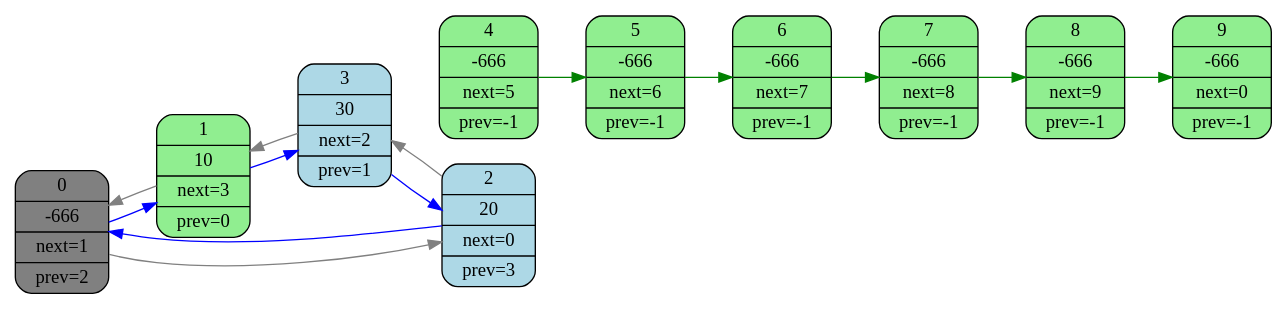
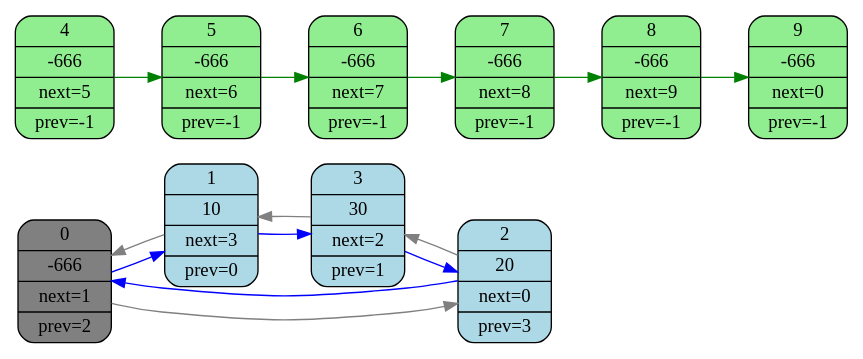
The diagram in graf.dot (katefaiz/list_task), drawn with Graphviz before and after one commit. The commit also changed 1 other file, not shown here.

```diff
--- a/graf.dot
+++ b/graf.dot
@@ -1,44 +1,40 @@
 digraph List {
 	rankdir=LR
 
 	node0 [shape=Mrecord, style="rounded, filled", label="0 | -666 | next=1 | prev=2", fillcolor="grey"];
 	node1 [shape=Mrecord, style="rounded, filled", label="1 | 10 | next=3 | prev=0", fillcolor="lightblue"];
 	node2 [shape=Mrecord, style="rounded, filled", label="2 | 20 | next=0 | prev=3", fillcolor="lightblue"];
 	node3 [shape=Mrecord, style="rounded, filled", label="3 | 30 | next=2 | prev=1", fillcolor="lightblue"];
 	node4 [shape=Mrecord, style="rounded, filled", label="4 | -666 | next=5 | prev=-1", fillcolor="lightgreen"];
 	node5 [shape=Mrecord, style="rounded, filled", label="5 | -666 | next=6 | prev=-1", fillcolor="lightgreen"];
 	node6 [shape=Mrecord, style="rounded, filled", label="6 | -666 | next=7 | prev=-1", fillcolor="lightgreen"];
 	node7 [shape=Mrecord, style="rounded, filled", label="7 | -666 | next=8 | prev=-1", fillcolor="lightgreen"];
 	node8 [shape=Mrecord, style="rounded, filled", label="8 | -666 | next=9 | prev=-1", fillcolor="lightgreen"];
 	node9 [shape=Mrecord, style="rounded, filled", label="9 | -666 | next=0 | prev=-1", fillcolor="lightgreen"];
-
-	node1 -> node2 [style = "invis"]
-	node3 -> node4 [style = "invis"]
-	node2 -> node3 [style = "invis"]
 
 	edge[color=blue];
   	node0 -> node1
   	node1 -> node3
 	node3 -> node2
 	node2 -> node0
 
 	edge[color=gray]
 	node0 -> node2
   	node2 -> node3
 	node3 -> node1
 	node1 -> node0
 
 	edge[color=green]
 	node4
+	node4 [fillcolor="lightgreen"]
 	node4 -> node5
-	node1 [fillcolor ="lightgreen"]
+	node5 [fillcolor="lightgreen"]
 	node5 -> node6
-	node5 [fillcolor ="lightgreen"]
+	node6 [fillcolor="lightgreen"]
 	node6 -> node7
-	node6 [fillcolor ="lightgreen"]
+	node7 [fillcolor="lightgreen"]
 	node7 -> node8
-	node7 [fillcolor ="lightgreen"]
+	node8 [fillcolor="lightgreen"]
 	node8 -> node9
-	node8 [fillcolor ="lightgreen"]
 	node9 [fillcolor="lightgreen"]
-  }
+}
```
